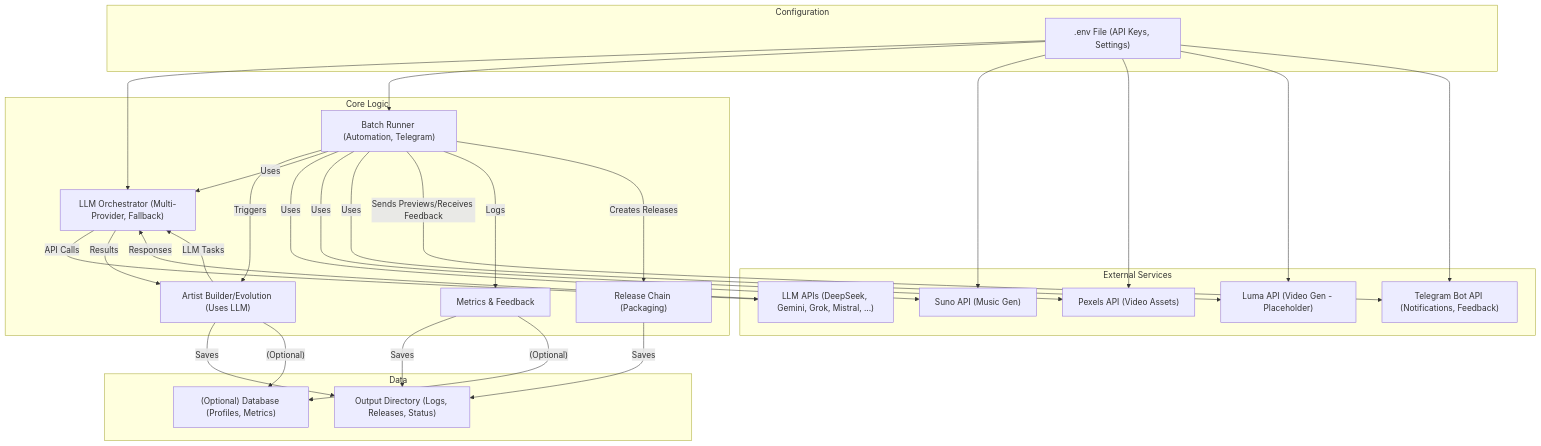
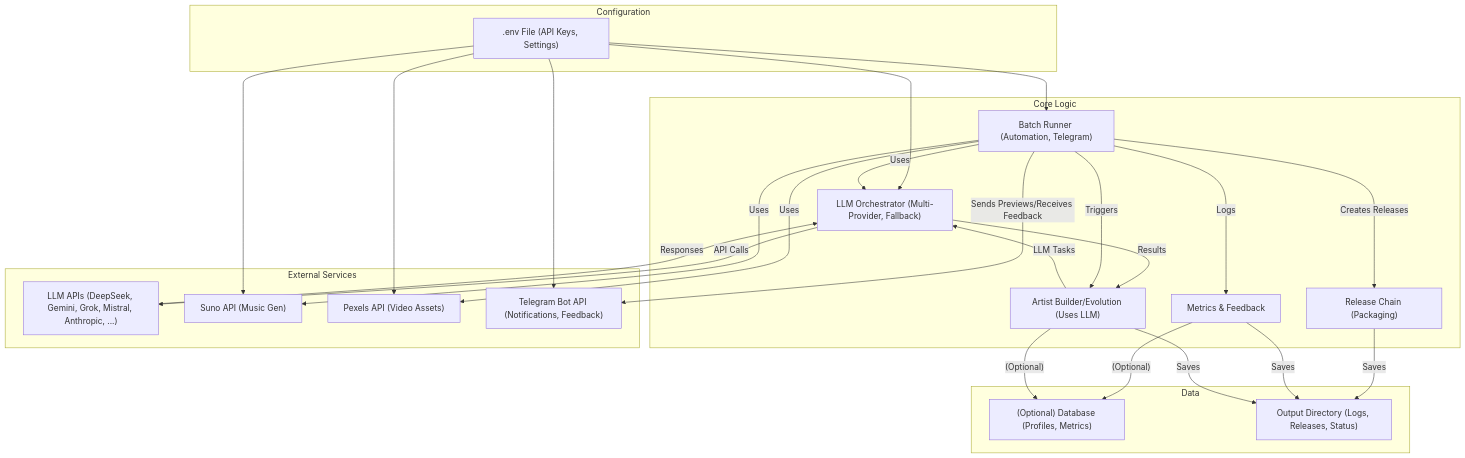
The diagram in README.md (pavelraiden/noktvrn_ai_artist), drawn with Mermaid before and after one commit. The commit also changed other lines of this file and 18 other files, not shown here.

Commit message:
feat: Implement LLM auto-discovery, remove Luma, update docs & keys

````diff
--- a/README.md
+++ b/README.md
@@ -29,55 +29,52 @@
 ```mermaid
 graph TD
     subgraph Configuration
         Env[".env File (API Keys, Settings)"]
     end
 
     subgraph Core Logic
         Builder["Artist Builder/Evolution (Uses LLM)"]
         Orchestrator["LLM Orchestrator (Multi-Provider, Fallback)"]
         BatchRunner["Batch Runner (Automation, Telegram)"]
         ReleaseChain["Release Chain (Packaging)"]
         Metrics["Metrics & Feedback"]
     end
 
     subgraph External Services
-        LLM_APIs["LLM APIs (DeepSeek, Gemini, Grok, Mistral, ...)"]
+        LLM_APIs["LLM APIs (DeepSeek, Gemini, Grok, Mistral, Anthropic, ...)"]
         Suno["Suno API (Music Gen)"]
         Pexels["Pexels API (Video Assets)"]
-        Luma["Luma API (Video Gen - Placeholder)"]
         Telegram["Telegram Bot API (Notifications, Feedback)"]
     end
 
     subgraph Data
         DB["(Optional) Database (Profiles, Metrics)"]
         Output["Output Directory (Logs, Releases, Status)"]
     end
 
     Env --> Orchestrator
     Env --> BatchRunner
     Env --> Suno
     Env --> Pexels
-    Env --> Luma
     Env --> Telegram
 
     Builder -- LLM Tasks --> Orchestrator
     Orchestrator -- API Calls --> LLM_APIs
     LLM_APIs -- Responses --> Orchestrator
     Orchestrator -- Results --> Builder
 
     BatchRunner -- Triggers --> Builder
     BatchRunner -- Uses --> Orchestrator
     BatchRunner -- Uses --> Suno
     BatchRunner -- Uses --> Pexels
-    BatchRunner -- Uses --> Luma
     BatchRunner -- Sends Previews/Receives Feedback --> Telegram
     BatchRunner -- Logs --> Metrics
     BatchRunner -- Creates Releases --> ReleaseChain
 
     ReleaseChain -- Saves --> Output
     Metrics -- Saves --> Output
     Builder -- Saves --> Output
 
     Metrics -- (Optional) --> DB
     Builder -- (Optional) --> DB
 ```
````
